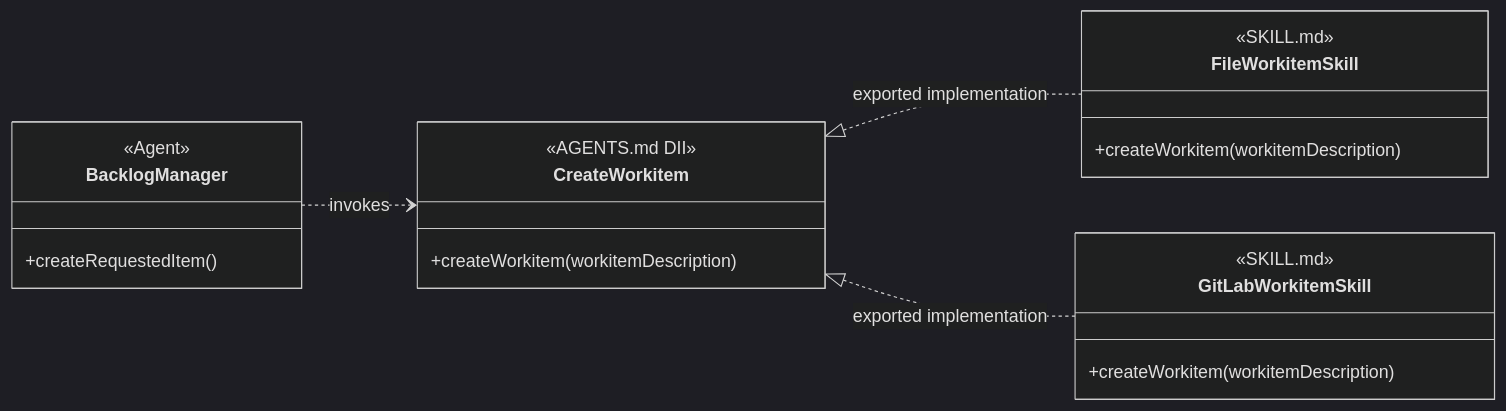
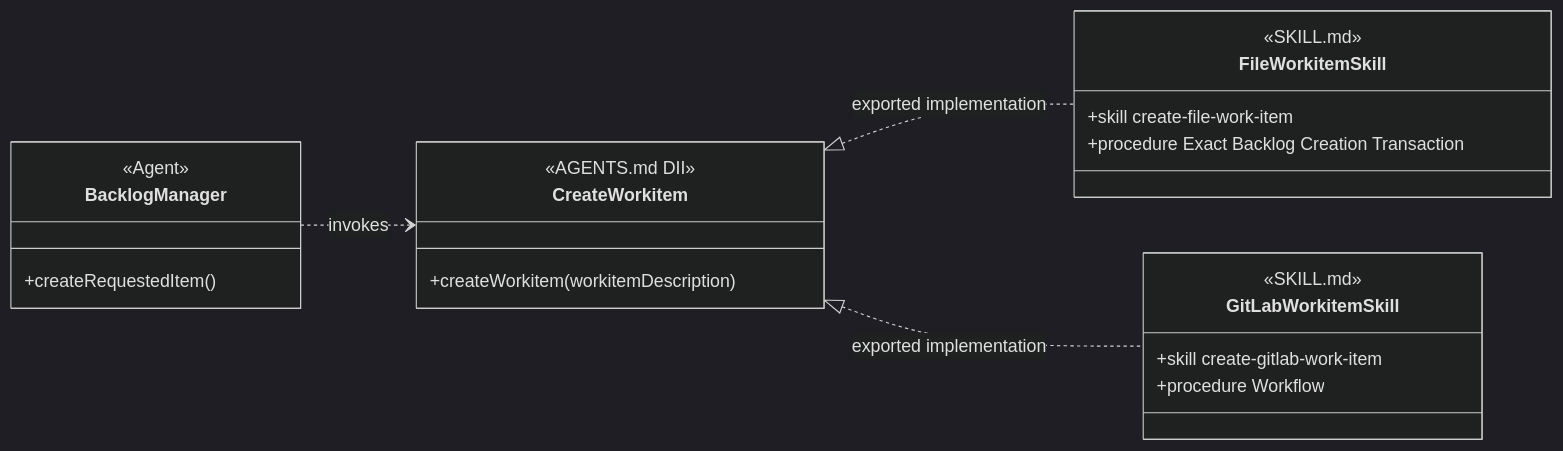
The third of 11 diagrams in design/object-oriented-agent-and-skill-model.md (martinbechard/dev-methodology), drawn with Mermaid (dark theme) before and after one commit. The commit also changed other lines of this file and 12 other files, not shown here.

````diff
--- a/design/object-oriented-agent-and-skill-model.md
+++ b/design/object-oriented-agent-and-skill-model.md
@@ -170,30 +186,32 @@
 ```mermaid
 classDiagram
     direction LR
 
     class BacklogManager {
         <<Agent>>
         +createRequestedItem()
     }
 
     class CreateWorkitem {
         <<AGENTS.md DII>>
         +createWorkitem(workitemDescription)
     }
 
     class FileWorkitemSkill {
         <<SKILL.md>>
         <<Injectable Skill>>
-        +createWorkitem(workitemDescription)
+        +skill create-file-work-item
+        +procedure Exact Backlog Creation Transaction
     }
 
     class GitLabWorkitemSkill {
         <<SKILL.md>>
         <<Injectable Skill>>
-        +createWorkitem(workitemDescription)
+        +skill create-gitlab-work-item
+        +procedure Workflow
     }
 
     BacklogManager ..> CreateWorkitem : invokes
     CreateWorkitem <|.. FileWorkitemSkill : exported implementation
     CreateWorkitem <|.. GitLabWorkitemSkill : exported implementation
 ```
````
